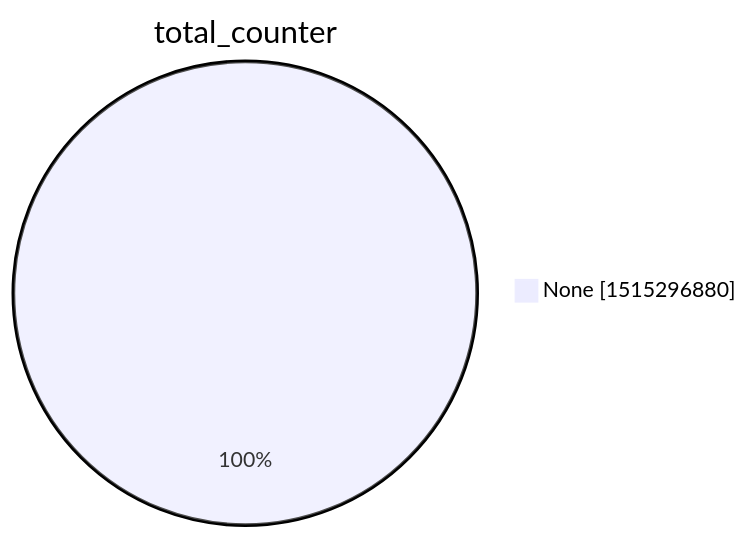
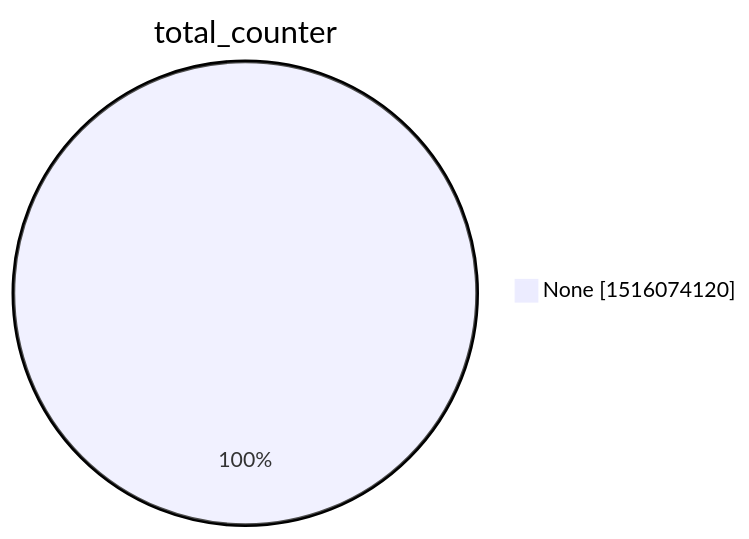
Before and after one commit to christiankrug/ctmonitor_visualization: the second of 15 diagrams in xenon2022/README.md, drawn with Mermaid. The commit also changed other lines of this file, not shown here.

````diff
--- a/xenon2022/README.md
+++ b/xenon2022/README.md
@@ -9,5 +9,5 @@
 ```mermaid
 pie showData
 title total_counter
-"None" :1515296880
+"None" :1516074120
 ```
````
